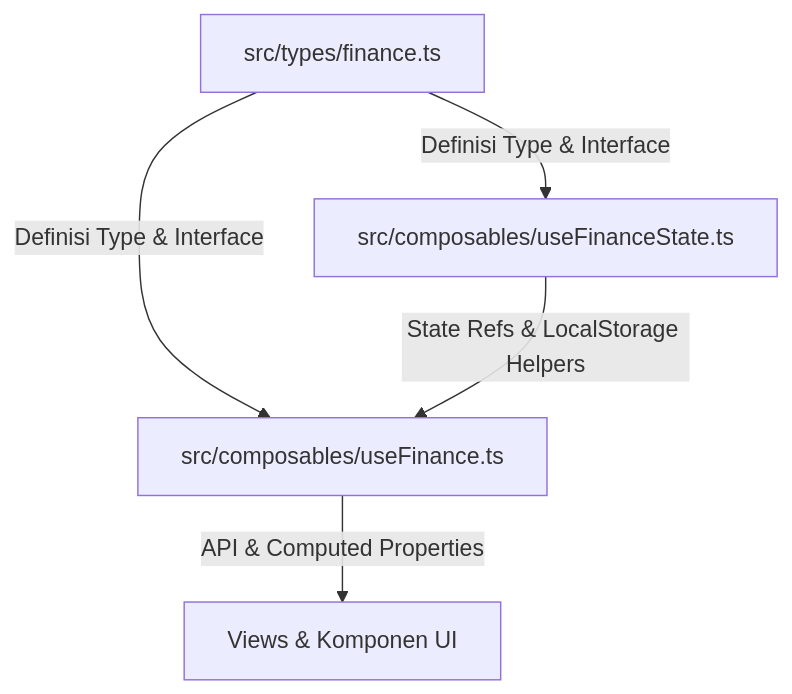
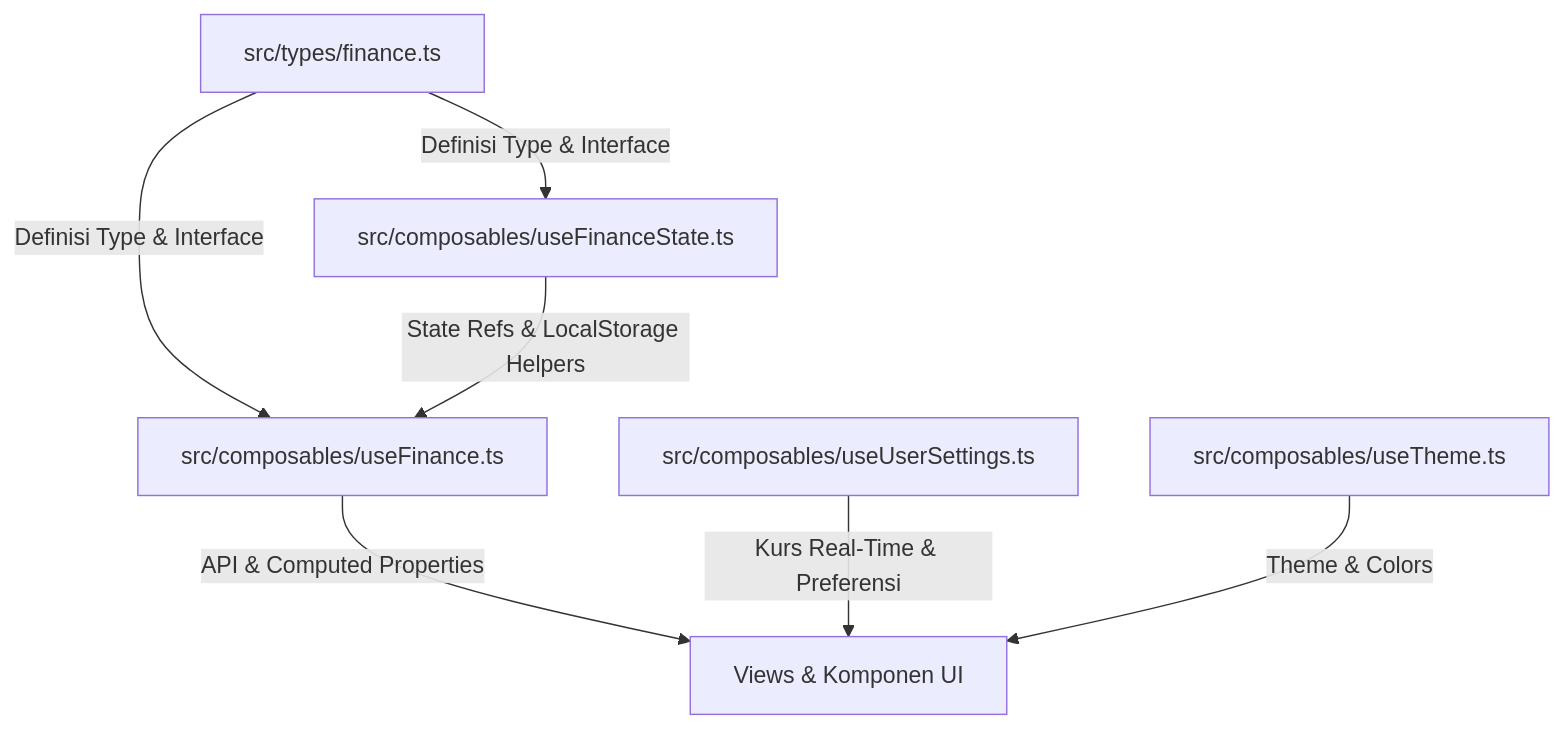
The diagram in frontend/docs/state-management.md (XNS-ivy/vue-laporan-keuangan), drawn with Mermaid before and after one commit. The commit also changed other lines of this file and 19 other files, not shown here.

````diff
--- a/frontend/docs/state-management.md
+++ b/frontend/docs/state-management.md
@@ -11,7 +11,9 @@
 ```mermaid
 graph TD
     A[src/types/finance.ts] -->|Definisi Type & Interface| B[src/composables/useFinanceState.ts]
     A -->|Definisi Type & Interface| C[src/composables/useFinance.ts]
     B -->|State Refs & LocalStorage Helpers| C
     C -->|API & Computed Properties| D[Views & Komponen UI]
+    E[src/composables/useUserSettings.ts] -->|Kurs Real-Time & Preferensi| D
+    F[src/composables/useTheme.ts] -->|Theme & Colors| D
 ```
````
